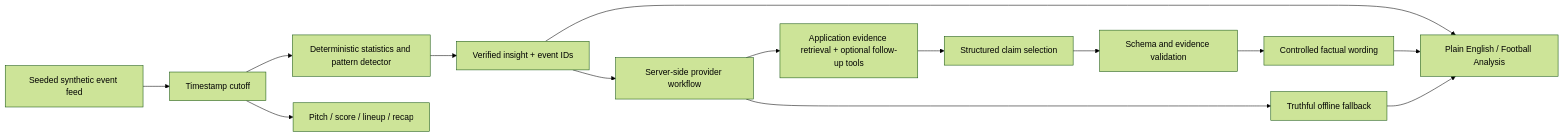
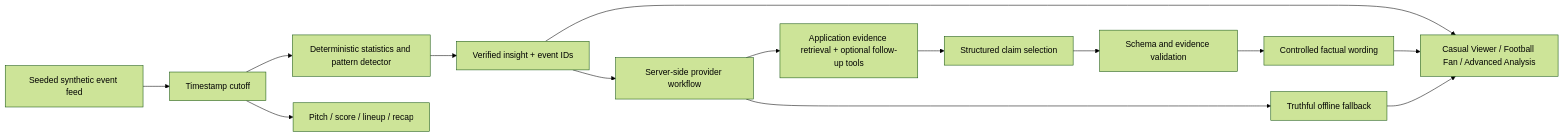
One commit to jbellamy16/between-the-lines changed the diagram in README.md. Above: the diagram before and after it, drawn with Mermaid (forest theme). The commit also changed other lines of this file and 16 other files, not shown here.

````diff
--- a/README.md
+++ b/README.md
@@ -58,16 +58,16 @@
 ```mermaid
 flowchart LR
   A[Seeded synthetic event feed] --> B[Timestamp cutoff]
   B --> C[Deterministic statistics and pattern detector]
   B --> D[Pitch / score / lineup / recap]
   C --> E[Verified insight + event IDs]
-  E --> F[Plain English / Football Analysis]
+  E --> F[Casual Viewer / Football Fan / Advanced Analysis]
   E --> G[Server-side provider workflow]
   G --> H[Application evidence retrieval + optional follow-up tools]
   H --> I[Structured claim selection]
   I --> J[Schema and evidence validation]
   J --> L[Controlled factual wording]
   L --> F
   G --> K[Truthful offline fallback]
   K --> F
 ```
````
